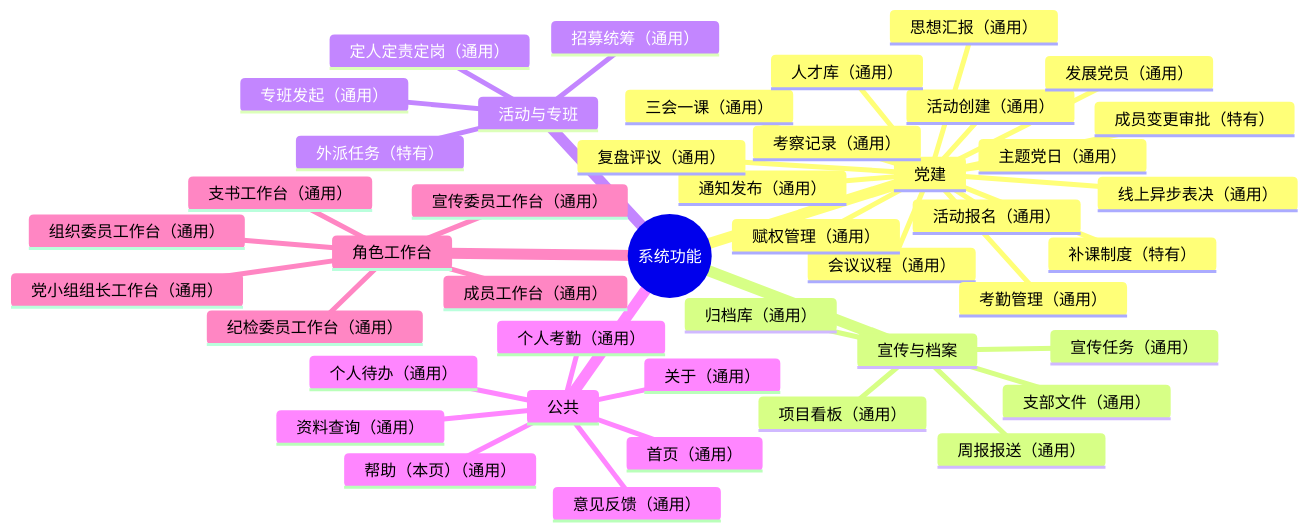
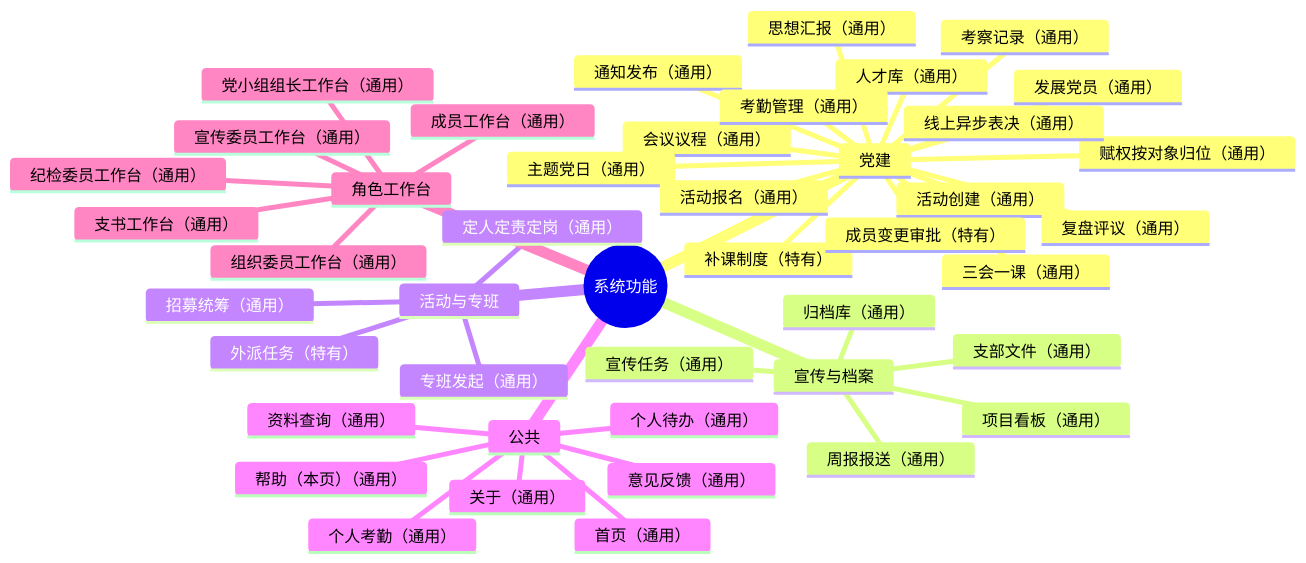
One commit to czhgo/GSM1921-SOP changed the diagram in README.md. Above: the diagram before and after it, drawn with Mermaid. The commit also changed 31 other files, not shown here.

````diff
--- a/README.md
+++ b/README.md
@@ -27,47 +27,47 @@
 ```mermaid
 mindmap
   root((系统功能))
     党建
       活动创建（通用）
       会议议程（通用）
       三会一课（通用）
       主题党日（通用）
       活动报名（通用）
-      赋权管理（通用）
+      赋权按对象归位（通用）
       通知发布（通用）
       线上异步表决（通用）
       发展党员（通用）
       人才库（通用）
       考察记录（通用）
       考勤管理（通用）
       补课制度（特有）
       复盘评议（通用）
       思想汇报（通用）
       成员变更审批（特有）
     宣传与档案
       宣传任务（通用）
       项目看板（通用）
       周报报送（通用）
       支部文件（通用）
       归档库（通用）
     活动与专班
       专班发起（通用）
       招募统筹（通用）
       定人定责定岗（通用）
       外派任务（特有）
     公共
       首页（通用）
       资料查询（通用）
       意见反馈（通用）
       个人待办（通用）
       个人考勤（通用）
       帮助（本页）（通用）
       关于（通用）
     角色工作台
       支书工作台（通用）
       组织委员工作台（通用）
       宣传委员工作台（通用）
       纪检委员工作台（通用）
       党小组组长工作台（通用）
       成员工作台（通用）
 ```
````
